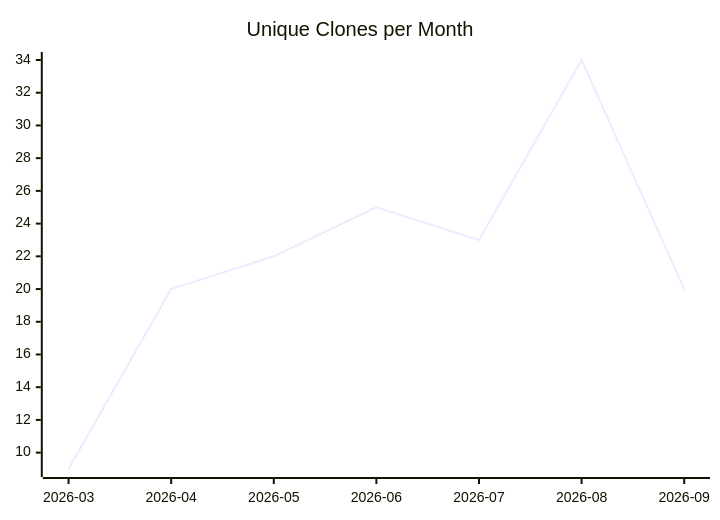
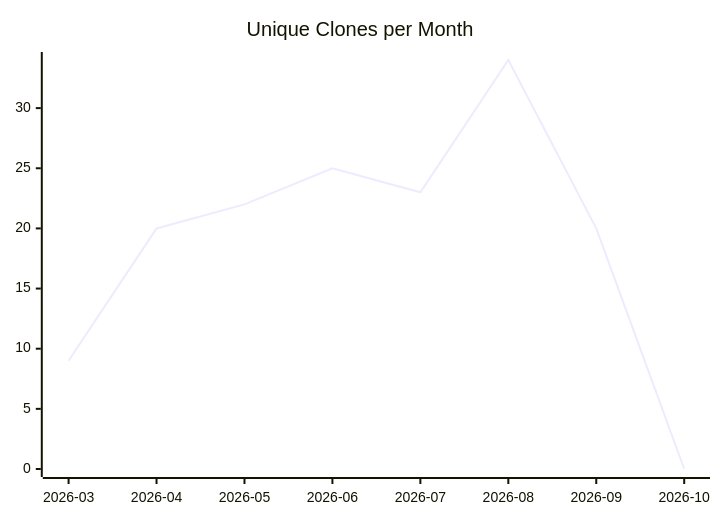
Before and after one commit to justdavis-family/github-analytics-data: the third of 3 diagrams in karlmdavis/kxml2/README.md, drawn with Mermaid. The commit also changed other lines of this file and 202 other files, not shown here.

````diff
--- a/karlmdavis/kxml2/README.md
+++ b/karlmdavis/kxml2/README.md
@@ -19,6 +19,6 @@
 ```mermaid
 xychart-beta
   title "Unique Clones per Month"
-  x-axis ["2026-03", "2026-04", "2026-05", "2026-06", "2026-07", "2026-08", "2026-09"]
-  line [9, 20, 22, 25, 23, 34, 20]
+  x-axis ["2026-03", "2026-04", "2026-05", "2026-06", "2026-07", "2026-08", "2026-09", "2026-10"]
+  line [9, 20, 22, 25, 23, 34, 20, 0]
 ```
````
